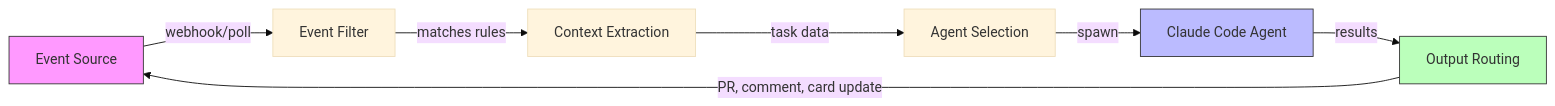
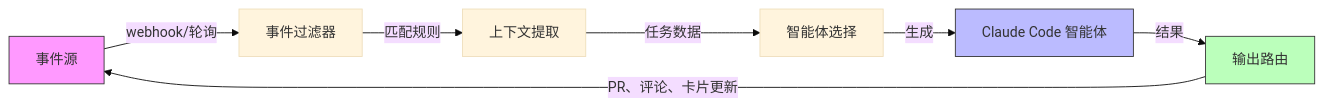
Before and after one commit to lawrencewzen/aispark-wiki: the first of 2 diagrams in claude-code/workflows/event-driven-agents.md, drawn with Mermaid (base theme). The commit also changed other lines of this file and 82 other files, not shown here.

First line of the commit message:
feat: 完成 claude-code/ 目录全量中文翻译

````diff
--- a/claude-code/workflows/event-driven-agents.md
+++ b/claude-code/workflows/event-driven-agents.md
@@ -37,13 +37,13 @@
 ```mermaid
 flowchart LR
-    A[Event Source] -->|webhook/poll| B[Event Filter]
-    B -->|matches rules| C[Context Extraction]
-    C -->|task data| D[Agent Selection]
-    D -->|spawn| E[Claude Code Agent]
-    E -->|results| F[Output Routing]
-    F -->|PR, comment, card update| A
+    A[事件源] -->|webhook/轮询| B[事件过滤器]
+    B -->|匹配规则| C[上下文提取]
+    C -->|任务数据| D[智能体选择]
+    D -->|生成| E[Claude Code 智能体]
+    E -->|结果| F[输出路由]
+    F -->|PR、评论、卡片更新| A
 
     style A fill:#f9f,stroke:#333
     style E fill:#bbf,stroke:#333
     style F fill:#bfb,stroke:#333
 ```
````
